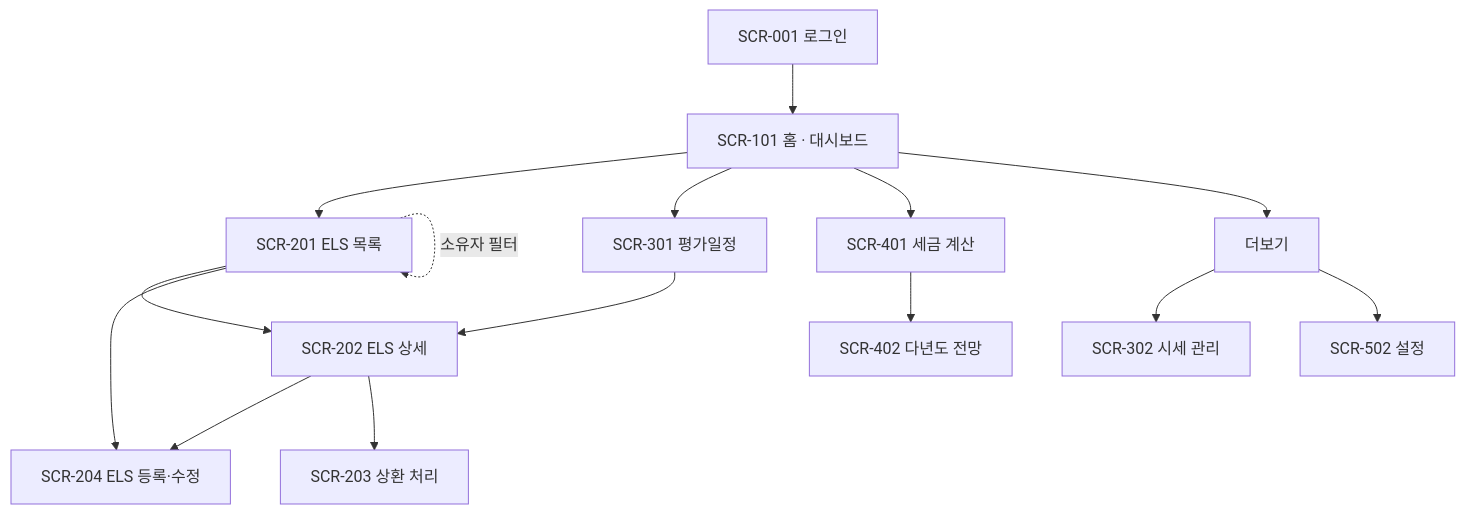
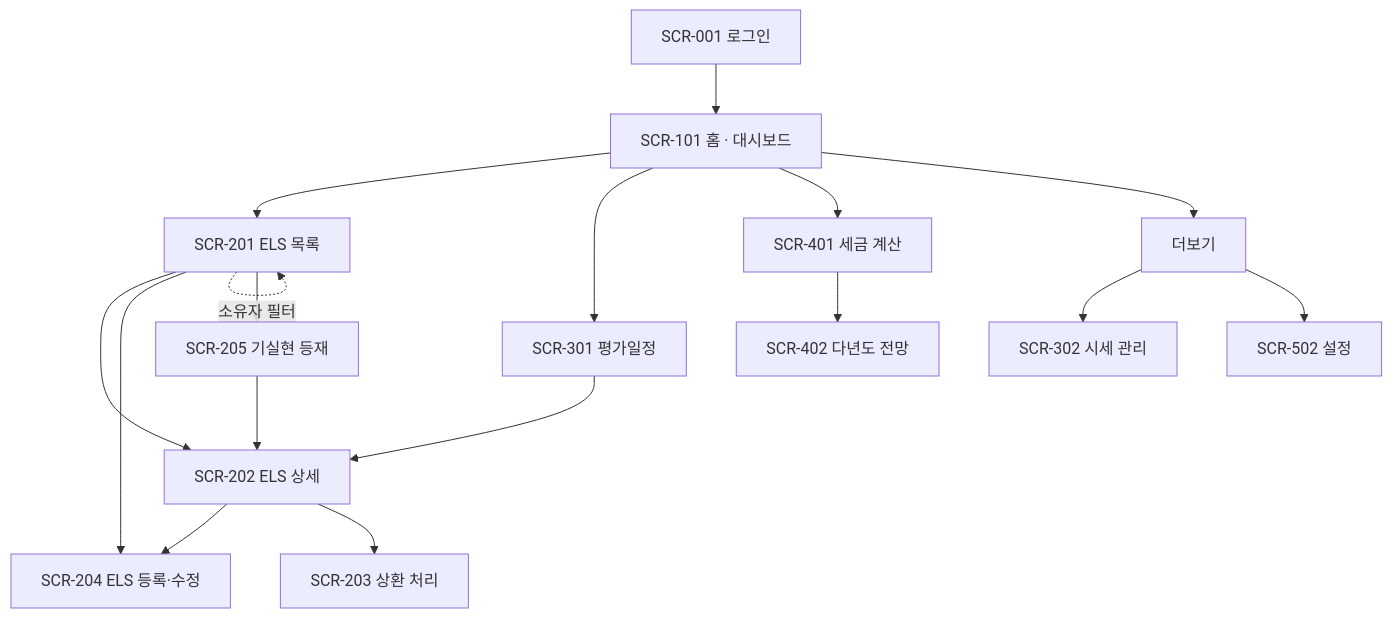
Before and after one commit to hellinii/els-manager: the diagram in docs/08_정보구조_및_화면목록.md, drawn with Mermaid. The commit also changed other lines of this file and 66 other files, not shown here.

````diff
--- a/docs/08_정보구조_및_화면목록.md
+++ b/docs/08_정보구조_및_화면목록.md
@@ -72,23 +74,25 @@
 ```mermaid
 graph TD
     L[SCR-001 로그인]
     L --> H[SCR-101 홈 · 대시보드]
 
     H --> P[SCR-201 ELS 목록]
     P --> PD[SCR-202 ELS 상세]
     P --> PN[SCR-204 ELS 등록·수정]
+    P --> PRZ[SCR-205 기실현 등재]
+    PRZ --> PD
     PD --> PN
     PD --> PR[SCR-203 상환 처리]
 
     H --> S[SCR-301 평가일정]
     S --> PD
 
     H --> T[SCR-401 세금 계산]
     T --> F[SCR-402 다년도 전망]
 
     H --> M[더보기]
     M --> PR2[SCR-302 시세 관리]
     M --> ST[SCR-502 설정]
 
     P -.->|소유자 필터| P
 ```
````
